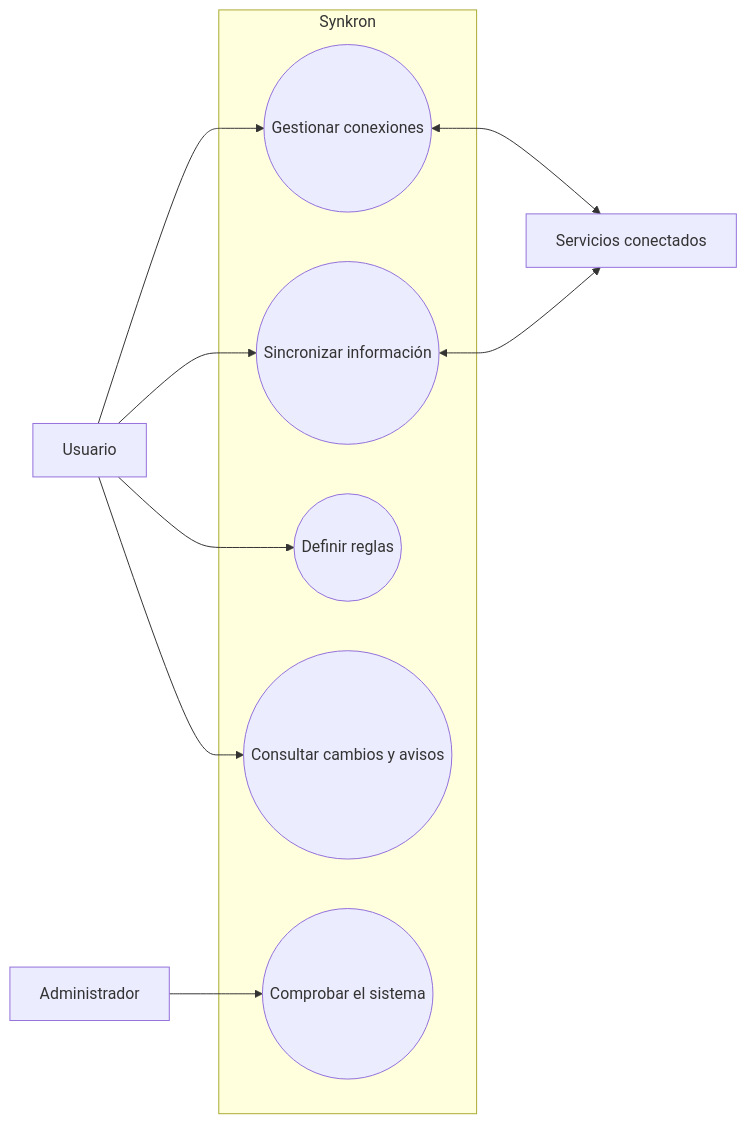
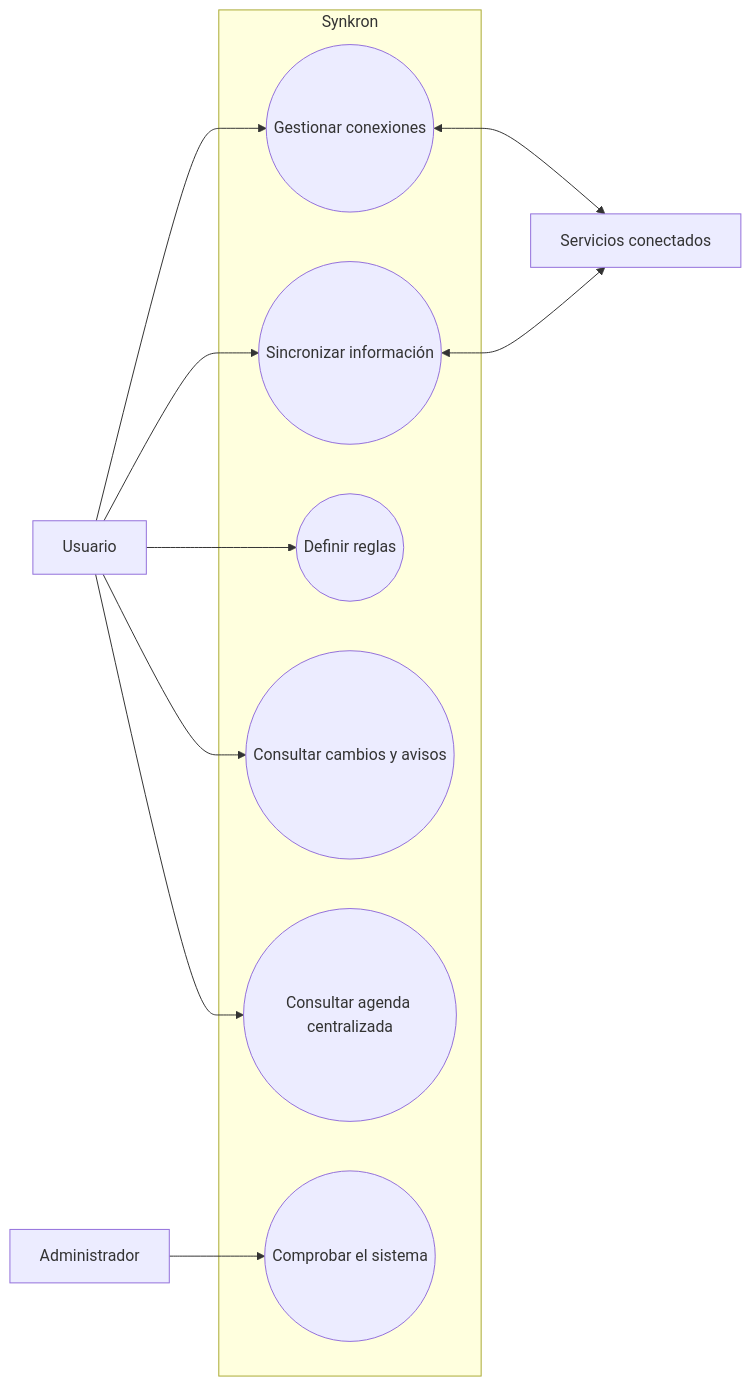
One commit to jotace-18/Synkron changed the diagram in docs/casos-de-uso.md. Above: the diagram before and after it, drawn with Mermaid. The commit also changed other lines of this file and 7 other files, not shown here.

````diff
--- a/docs/casos-de-uso.md
+++ b/docs/casos-de-uso.md
@@ -49,20 +75,22 @@
 ```mermaid
 flowchart LR
     U[Usuario]
     Admin[Administrador]
     External[Servicios conectados]
     subgraph Synkron
         C((Gestionar conexiones))
         S((Sincronizar información))
         A((Definir reglas))
         M((Consultar cambios y avisos))
+        V((Consultar agenda centralizada))
         H((Comprobar el sistema))
     end
     U --> C
     U --> S
     U --> A
     U --> M
+    U --> V
     Admin --> H
     C <--> External
     S <--> External
 ```
````
